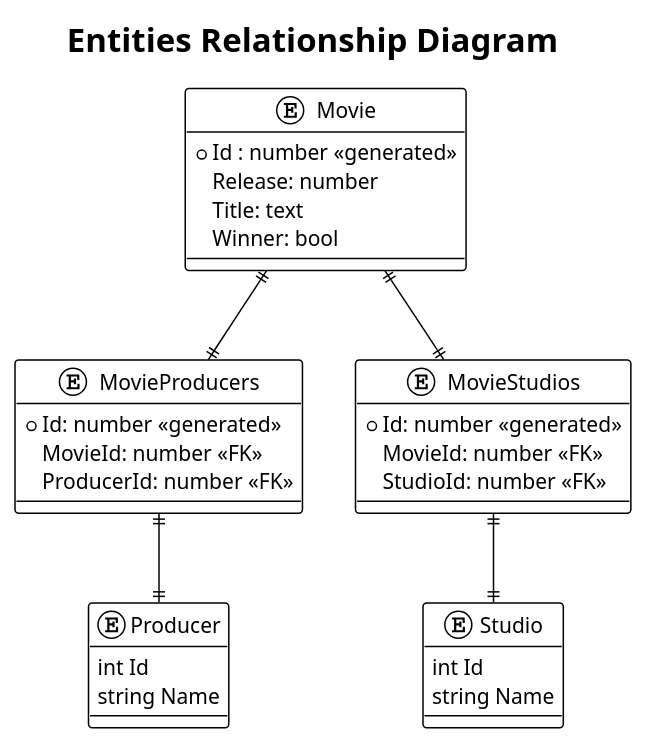
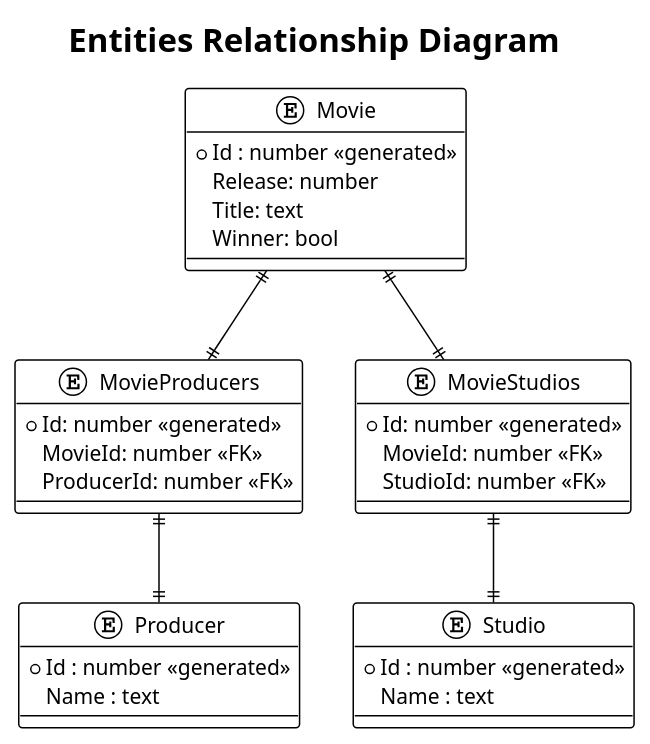
The diagram in docs/entities.puml (guionardo/texo-exercise), drawn with PlantUML before and after one commit. The commit also changed 1 other file, not shown here.

```diff
--- a/docs/entities.puml
+++ b/docs/entities.puml
@@ -1,40 +1,40 @@
 @startuml
 
 !theme plain
 
 Title "Entities Relationship Diagram"
 entity Movie {
     *Id : number <<generated>>
     Release: number
     Title: text
     Winner: bool            
 }
 
 entity Producer{
-    int Id
-    string Name
+   *Id : number <<generated>>
+   Name : text
 }
 
 entity Studio {
-   int Id
-   string Name
+   *Id : number <<generated>>
+   Name : text
 }
 
 entity MovieProducers {
     *Id: number <<generated>>
     MovieId: number <<FK>>
     ProducerId: number <<FK>>
 }
     
 entity MovieStudios {
     *Id: number <<generated>>
     MovieId: number <<FK>>
     StudioId: number <<FK>>
 }
 
 Movie ||--|| MovieProducers
 MovieProducers ||--|| Producer
 Movie ||--|| MovieStudios
 MovieStudios ||--|| Studio
  
 @enduml
```
